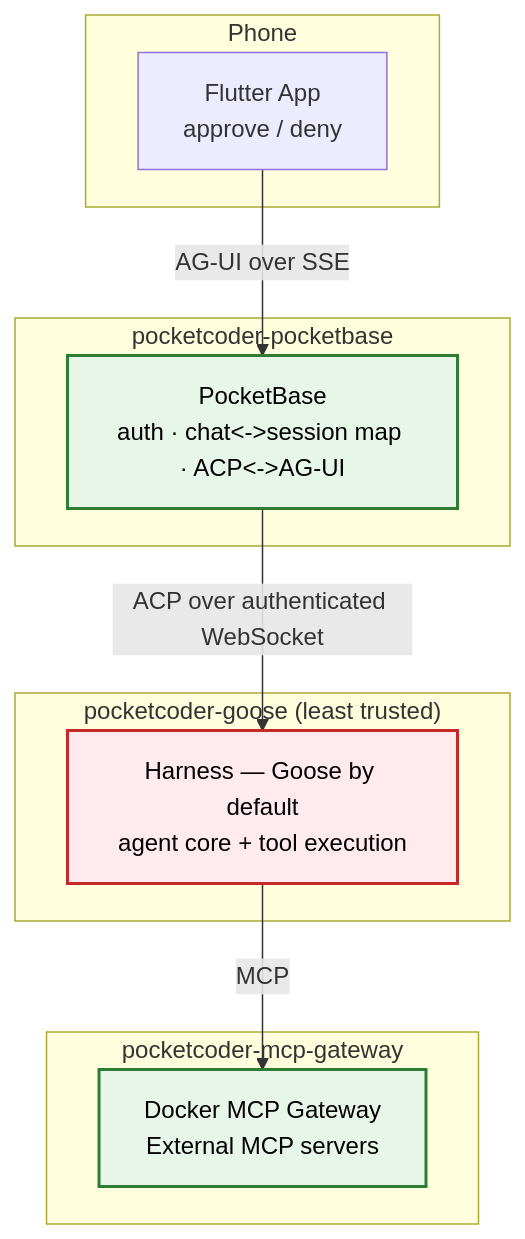
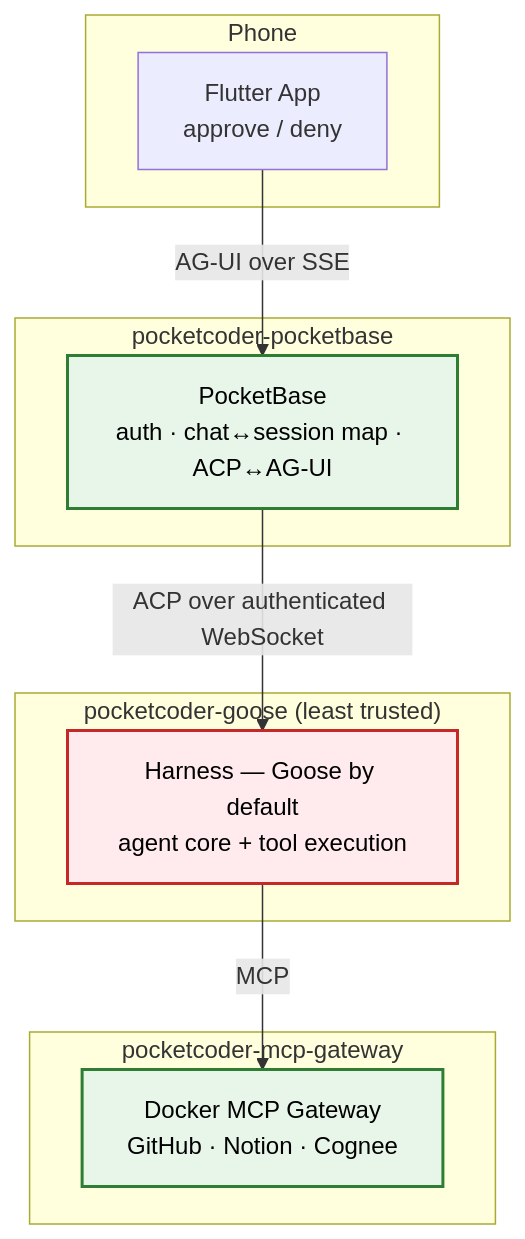
One commit to qtpi-bonding-org/pocketcoder changed the diagram in website/src/content/docs/architecture.md. Above: the diagram before and after it, drawn with Mermaid. The commit also changed other lines of this file and 4 other files, not shown here.

````diff
--- a/website/src/content/docs/architecture.md
+++ b/website/src/content/docs/architecture.md
@@ -20,26 +21,25 @@
 ```mermaid
 graph TD
     subgraph "Phone"
         F[Flutter App<br/>approve / deny]
     end
     subgraph "pocketcoder-pocketbase"
-        PB[PocketBase<br/>auth · chat<->session map · ACP<->AG-UI]
+        PB[PocketBase<br/>auth · chat↔session map · ACP↔AG-UI]
     end
     subgraph "pocketcoder-goose (least trusted)"
         G[Harness — Goose by default<br/>agent core + tool execution]
     end
     subgraph "pocketcoder-mcp-gateway"
-        MCP[Docker MCP Gateway<br/>External MCP servers]
+        MCP[Docker MCP Gateway<br/>GitHub · Notion · Cognee]
     end
 
     F -- "AG-UI over SSE" --> PB
     PB -- "ACP over authenticated WebSocket" --> G
     G -- "MCP" --> MCP
 
     classDef secure fill:#e8f5e9,stroke:#2e7d32,stroke-width:2px,color:#000
     classDef untrusted fill:#ffebee,stroke:#c62828,stroke-width:2px,color:#000
-
     class PB secure
     class G untrusted
     class MCP secure
 ```
````
